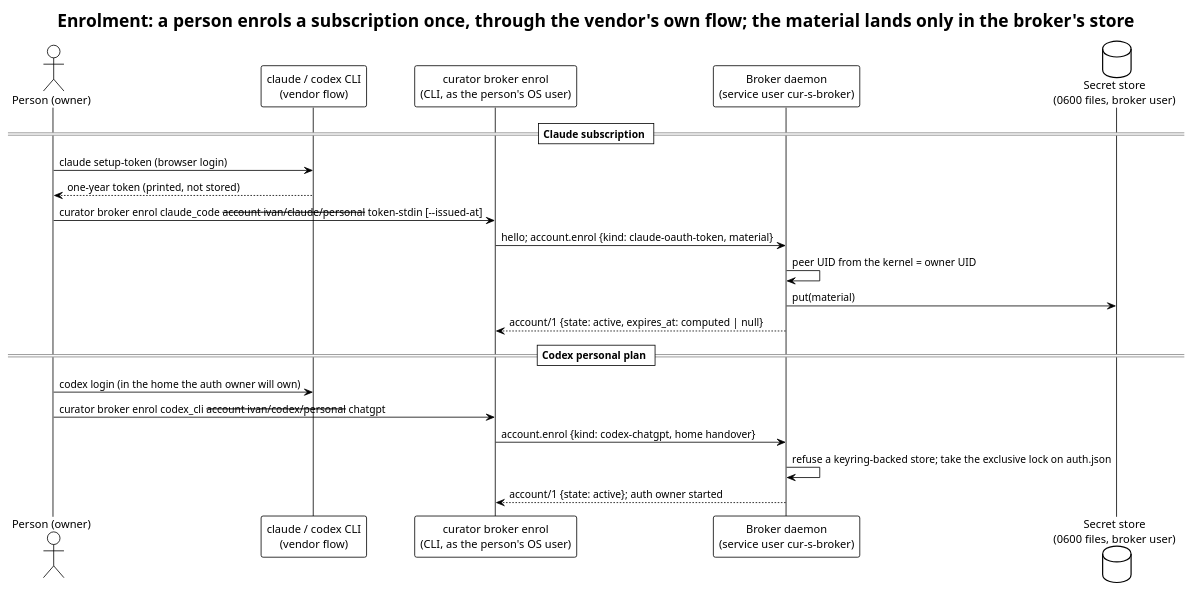
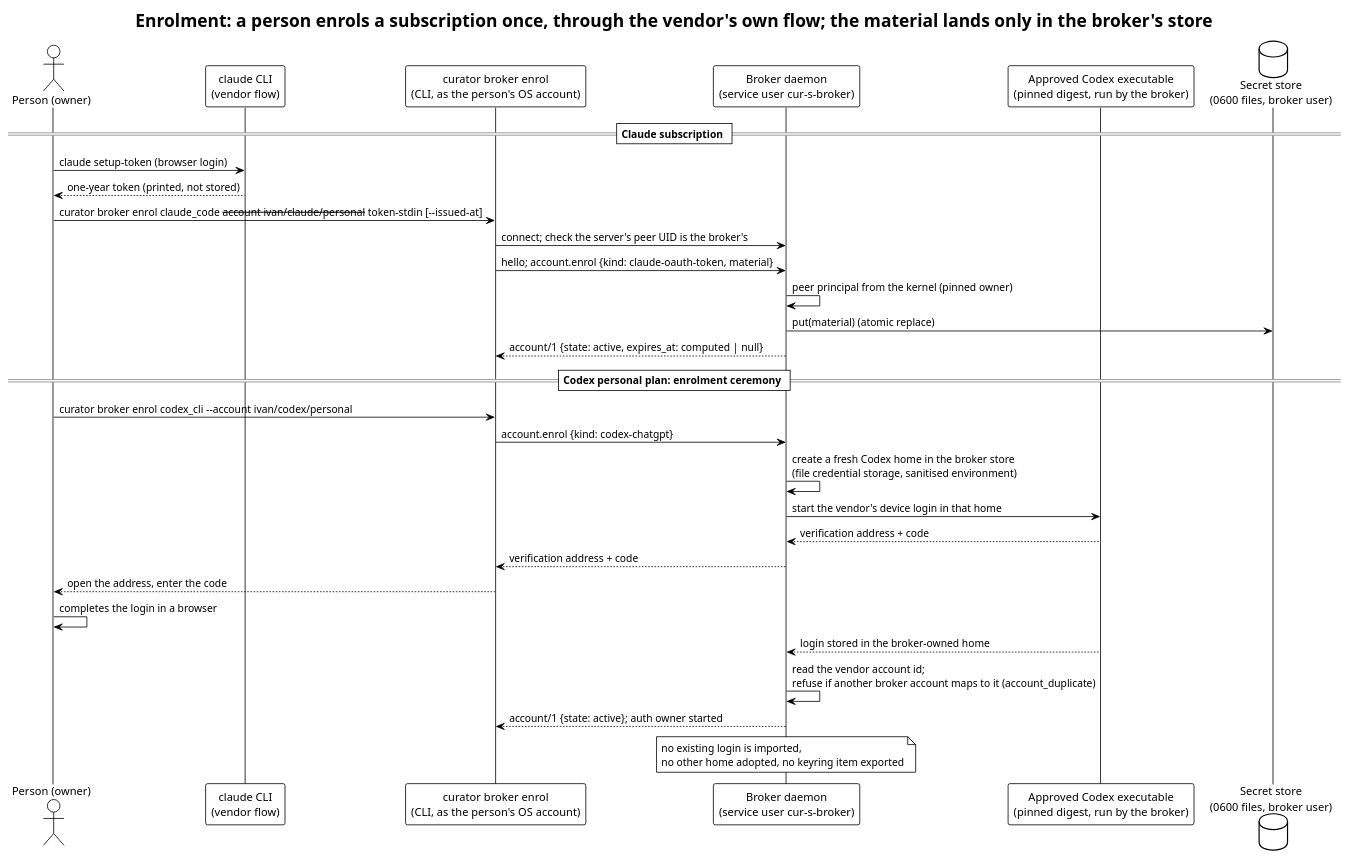
The diagram in diagrams/enrol.puml (relux-works/curator-credential-broker), drawn with PlantUML before and after one commit. The commit also changed 5 other files, not shown here.

First line of the commit message:
Revise the broker specification after the architecture review (v0.2)

```diff
--- a/diagrams/enrol.puml
+++ b/diagrams/enrol.puml
@@ -1,26 +1,35 @@
 @startuml enrol
 !theme plain
 title Enrolment: a person enrols a subscription once, through the vendor's own flow; the material lands only in the broker's store
 
 actor "Person (owner)" as P
-participant "claude / codex CLI\n(vendor flow)" as V
-participant "curator broker enrol\n(CLI, as the person's OS user)" as C
+participant "claude CLI\n(vendor flow)" as V
+participant "curator broker enrol\n(CLI, as the person's OS account)" as C
 participant "Broker daemon\n(service user cur-s-broker)" as B
+participant "Approved Codex executable\n(pinned digest, run by the broker)" as X
 database "Secret store\n(0600 files, broker user)" as S
 
 == Claude subscription ==
 P -> V: claude setup-token (browser login)
 V --> P: one-year token (printed, not stored)
 P -> C: curator broker enrol claude_code --account ivan/claude/personal --token-stdin [--issued-at]
+C -> B: connect; check the server's peer UID is the broker's
 C -> B: hello; account.enrol {kind: claude-oauth-token, material}
-B -> B: peer UID from the kernel = owner UID
-B -> S: put(material)
+B -> B: peer principal from the kernel (pinned owner)
+B -> S: put(material) (atomic replace)
 B --> C: account/1 {state: active, expires_at: computed | null}
 
-== Codex personal plan ==
-P -> V: codex login (in the home the auth owner will own)
-P -> C: curator broker enrol codex_cli --account ivan/codex/personal --chatgpt
-C -> B: account.enrol {kind: codex-chatgpt, home handover}
-B -> B: refuse a keyring-backed store; take the exclusive lock on auth.json
+== Codex personal plan: enrolment ceremony ==
+P -> C: curator broker enrol codex_cli --account ivan/codex/personal
+C -> B: account.enrol {kind: codex-chatgpt}
+B -> B: create a fresh Codex home in the broker store\n(file credential storage, sanitised environment)
+B -> X: start the vendor's device login in that home
+X --> B: verification address + code
+B --> C: verification address + code
+C --> P: open the address, enter the code
+P -> P: completes the login in a browser
+X --> B: login stored in the broker-owned home
+B -> B: read the vendor account id;\nrefuse if another broker account maps to it (account_duplicate)
 B --> C: account/1 {state: active}; auth owner started
+note over B: no existing login is imported,\nno other home adopted, no keyring item exported
 @enduml
```
